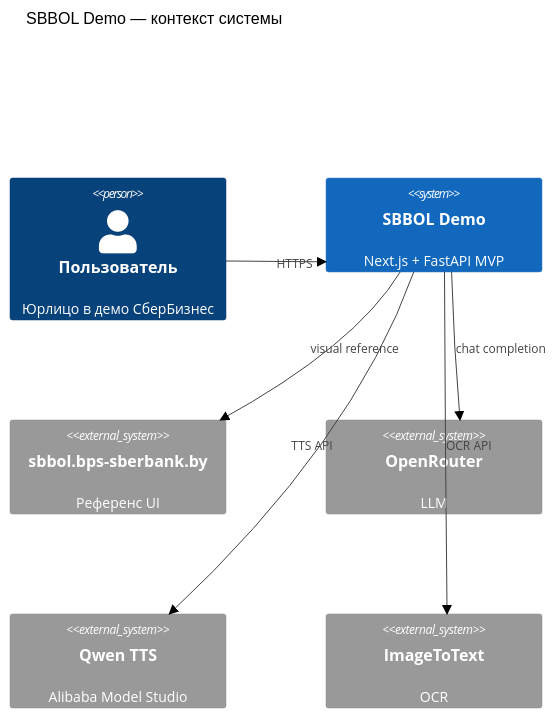
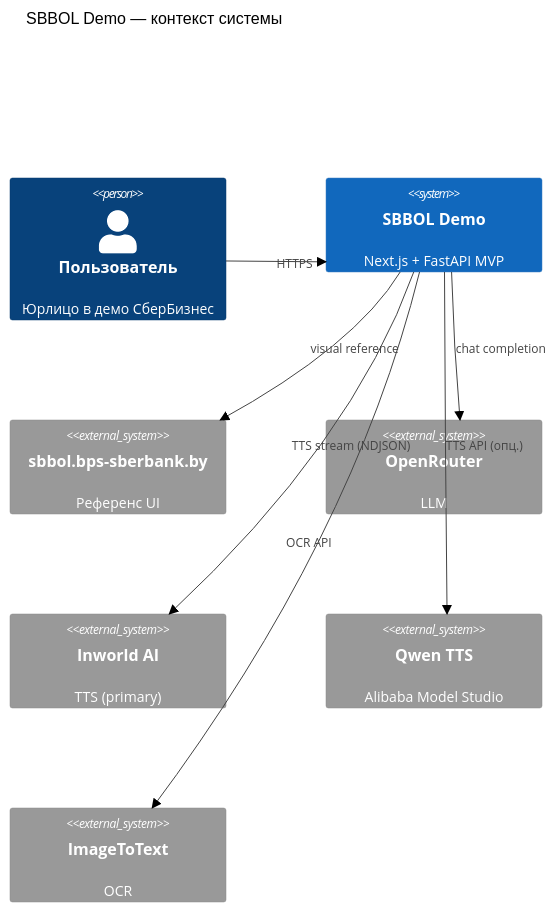
The first of 5 diagrams in docs/ARCHITECTURE.md (grrraaaa/mvp), drawn with Mermaid (forest theme) before and after one commit. The commit also changed other lines of this file and 7 other files, not shown here.

````diff
--- a/docs/ARCHITECTURE.md
+++ b/docs/ARCHITECTURE.md
@@ -17,17 +17,19 @@
 ```mermaid
 C4Context
     title SBBOL Demo — контекст системы
 
     Person(user, "Пользователь", "Юрлицо в демо СберБизнес")
     System(demo, "SBBOL Demo", "Next.js + FastAPI MVP")
     System_Ext(sbbol, "sbbol.bps-sberbank.by", "Референс UI")
     System_Ext(or, "OpenRouter", "LLM")
+    System_Ext(inworld, "Inworld AI", "TTS (primary)")
     System_Ext(qwen, "Qwen TTS", "Alibaba Model Studio")
     System_Ext(ocr, "ImageToText", "OCR")
 
     Rel(user, demo, "HTTPS")
     Rel(demo, or, "chat completion")
-    Rel(demo, qwen, "TTS API")
+    Rel(demo, inworld, "TTS stream (NDJSON)")
+    Rel(demo, qwen, "TTS API (опц.)")
     Rel(demo, ocr, "OCR API")
     Rel(demo, sbbol, "visual reference")
 ```
````
